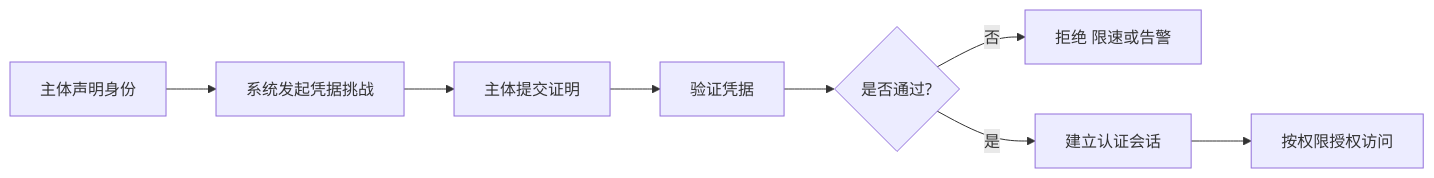
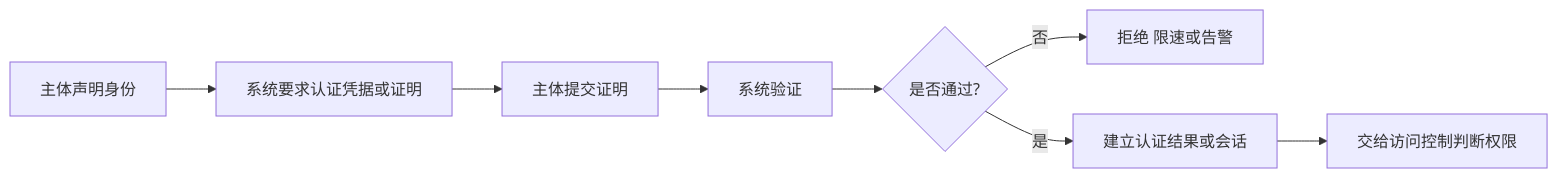
The diagram in 01_综合知识/03_信息安全技术/02_身份认证与访问控制/身份认证.md (74262195/system-architect-notes), drawn with Mermaid before and after one commit. The commit also changed other lines of this file, not shown here.

````diff
--- a/01_综合知识/03_信息安全技术/02_身份认证与访问控制/身份认证.md
+++ b/01_综合知识/03_信息安全技术/02_身份认证与访问控制/身份认证.md
@@ -64,10 +106,10 @@
-~~~mermaid
+```mermaid
 flowchart LR
-    A[主体声明身份] --> B[系统发起凭据挑战]
+    A[主体声明身份] --> B[系统要求认证凭据或证明]
     B --> C[主体提交证明]
-    C --> D[验证凭据]
+    C --> D[系统验证]
     D --> E{是否通过?}
     E -- 否 --> F[拒绝 限速或告警]
-    E -- 是 --> G[建立认证会话]
-    G --> H[按权限授权访问]
-~~~
+    E -- 是 --> G[建立认证结果或会话]
+    G --> H[交给访问控制判断权限]
+```
````
